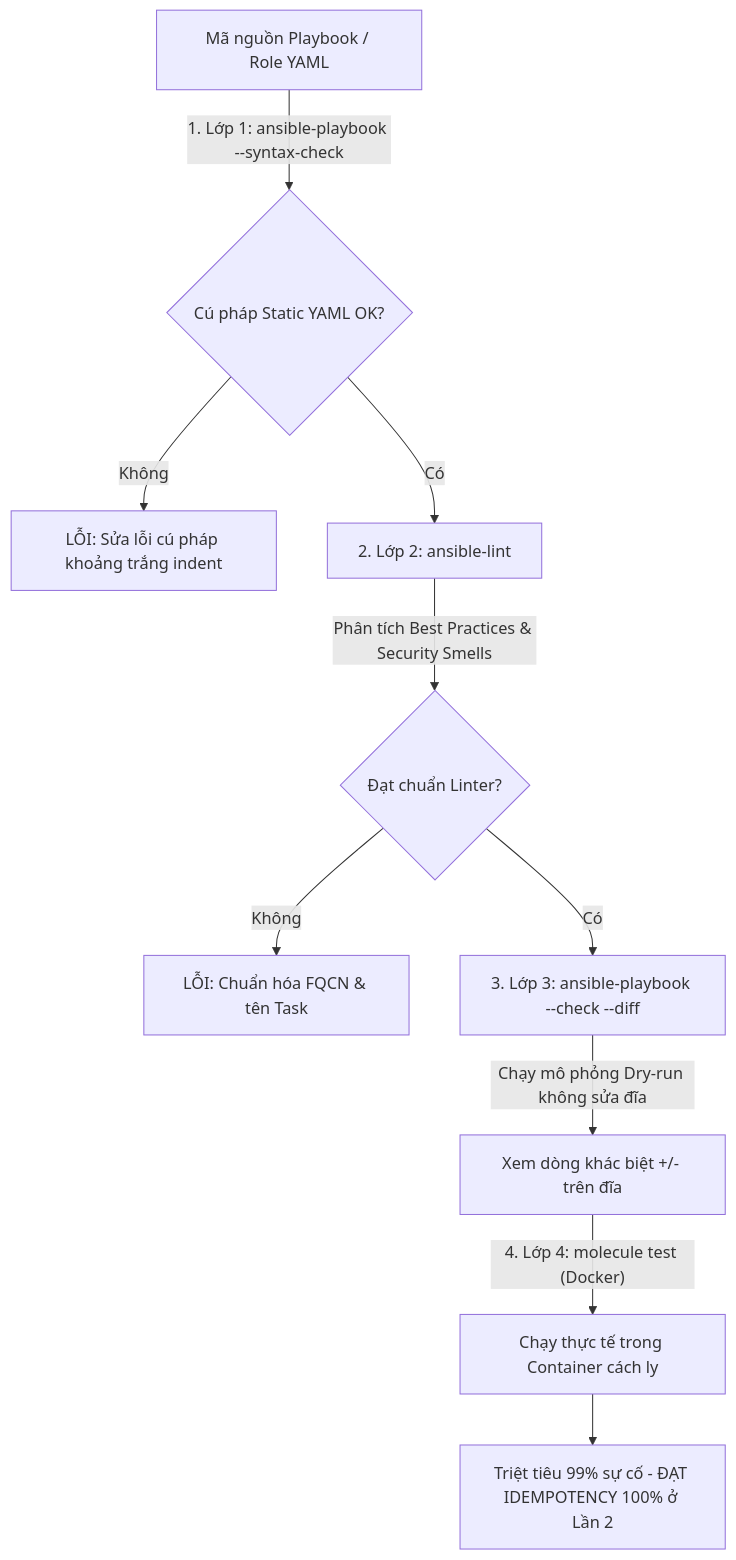
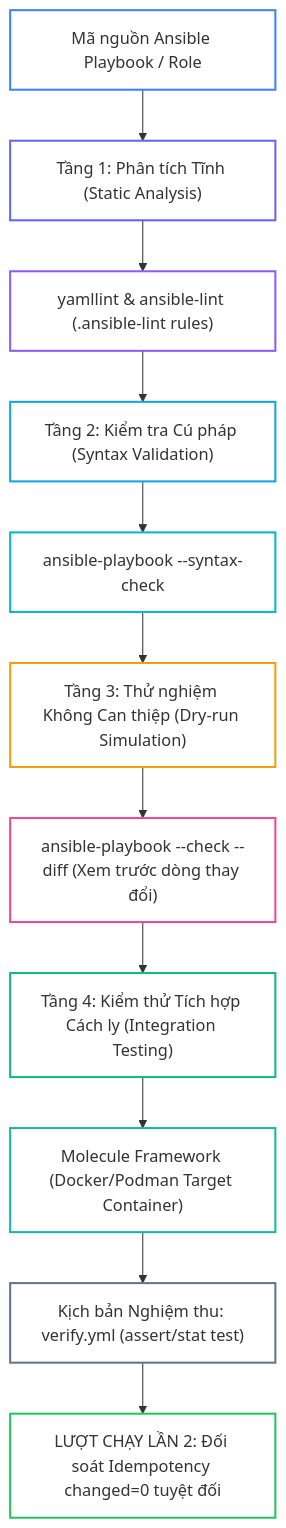
Before and after one commit to kiennt308/ntk: the first of 3 diagrams in _posts/2026-09-13-ansible-25-25-testing-lint-molecule.md, drawn with Mermaid. The commit also changed other lines of this file and 30 other files, not shown here.

````diff
--- a/_posts/2026-09-13-ansible-25-25-testing-lint-molecule.md
+++ b/_posts/2026-09-13-ansible-25-25-testing-lint-molecule.md
@@ -82,16 +35,29 @@
 ```mermaid
 graph TD
-    A["Mã nguồn Playbook / Role YAML"] -->|"1. Lớp 1: ansible-playbook --syntax-check"| B{"Cú pháp Static YAML OK?"}
+    A["Mã nguồn Ansible Playbook / Role"] --> B["Tầng 1: Phân tích Tĩnh (Static Analysis)"]
     
-    B -- Không --> C["LỖI: Sửa lỗi cú pháp khoảng trắng indent"]
-    B -- Có --> D["2. Lớp 2: ansible-lint"]
+    B --> C["yamllint & ansible-lint (.ansible-lint rules)"]
+    C --> D["Tầng 2: Kiểm tra Cú pháp (Syntax Validation)"]
+    D --> E["ansible-playbook --syntax-check"]
     
-    D -->|"Phân tích Best Practices & Security Smells"| E{"Đạt chuẩn Linter?"}
-    E -- Không --> F["LỖI: Chuẩn hóa FQCN & tên Task"]
-    E -- Có --> G["3. Lớp 3: ansible-playbook --check --diff"]
+    E --> F["Tầng 3: Thử nghiệm Không Can thiệp (Dry-run Simulation)"]
+    F --> G["ansible-playbook --check --diff (Xem trước dòng thay đổi)"]
     
-    G -->|"Chạy mô phỏng Dry-run không sửa đĩa"| H["Xem dòng khác biệt +/- trên đĩa"]
-    H -->|"4. Lớp 4: molecule test (Docker)"| I["Chạy thực tế trong Container cách ly"]
+    G --> H["Tầng 4: Kiểm thử Tích hợp Cách ly (Integration Testing)"]
+    H --> I["Molecule Framework (Docker/Podman Target Container)"]
+    I --> J["Kịch bản Nghiệm thu: verify.yml (assert/stat test)"]
     
-    I --> J["Triệt tiêu 99% sự cố - ĐẠT IDEMPOTENCY 100% ở Lần 2"]
+    J --> K["LƯỢT CHẠY LẦN 2: Đối soát Idempotency changed=0 tuyệt đối"]
+
+    style A fill:none,stroke:#3b82f6,stroke-width:2px
+    style B fill:none,stroke:#6366f1,stroke-width:2px
+    style C fill:none,stroke:#8b5cf6,stroke-width:2px
+    style D fill:none,stroke:#0ea5e9,stroke-width:2px
+    style E fill:none,stroke:#06b6d4,stroke-width:2px
+    style F fill:none,stroke:#f59e0b,stroke-width:2px
+    style G fill:none,stroke:#ec4899,stroke-width:2px
+    style H fill:none,stroke:#10b981,stroke-width:2px
+    style I fill:none,stroke:#14b8a6,stroke-width:2px
+    style J fill:none,stroke:#64748b,stroke-width:2px
+    style K fill:none,stroke:#22c55e,stroke-width:2px
 ```
````
